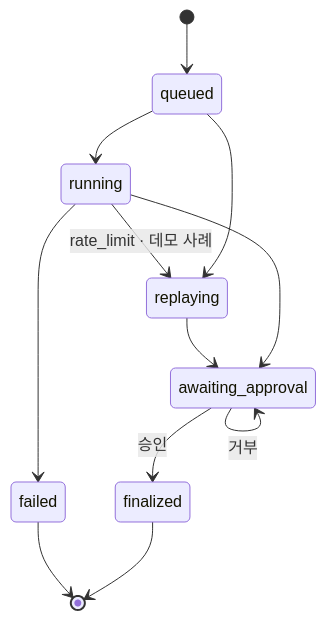
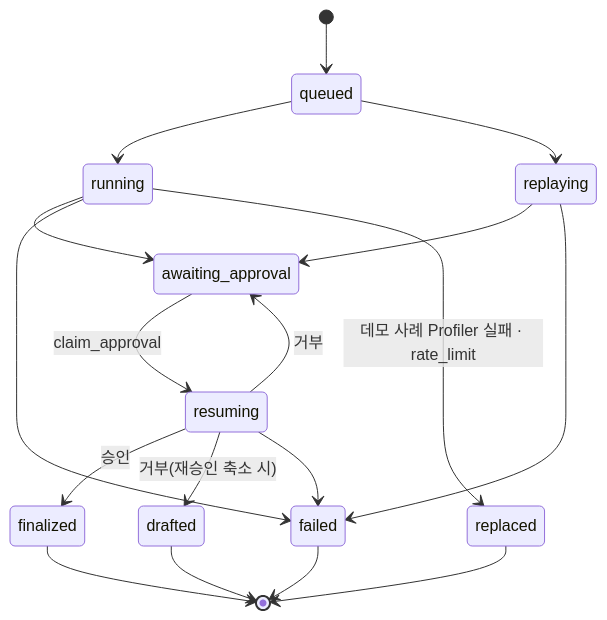
Before and after one commit to yoobinkim541/hackathon-cheongdo: the third of 5 diagrams in _bmad-output/planning-artifacts/architecture/architecture-동행노트-2026-11-05/ARCHITECTURE-SPINE.md, drawn with Mermaid. The commit also changed other lines of this file and 4 other files, not shown here.

First line of the commit message:
Finalize backend architecture spine with reviewer fixes

````diff
--- a/_bmad-output/planning-artifacts/architecture/architecture-동행노트-2026-11-05/ARCHITECTURE-SPINE.md
+++ b/_bmad-output/planning-artifacts/architecture/architecture-동행노트-2026-11-05/ARCHITECTURE-SPINE.md
@@ -210,14 +392,20 @@
 ```mermaid
 stateDiagram-v2
   [*] --> queued
   queued --> running
   queued --> replaying
   running --> awaiting_approval
   running --> failed
-  running --> replaying: rate_limit · 데모 사례
+  running --> replaced: 데모 사례 Profiler 실패 · rate_limit
   replaying --> awaiting_approval
-  awaiting_approval --> finalized: 승인
-  awaiting_approval --> awaiting_approval: 거부
+  replaying --> failed
+  awaiting_approval --> resuming: claim_approval
+  resuming --> finalized: 승인
+  resuming --> awaiting_approval: 거부
+  resuming --> drafted: 거부(재승인 축소 시)
+  resuming --> failed
   finalized --> [*]
   failed --> [*]
+  replaced --> [*]
+  drafted --> [*]
 ```
````
